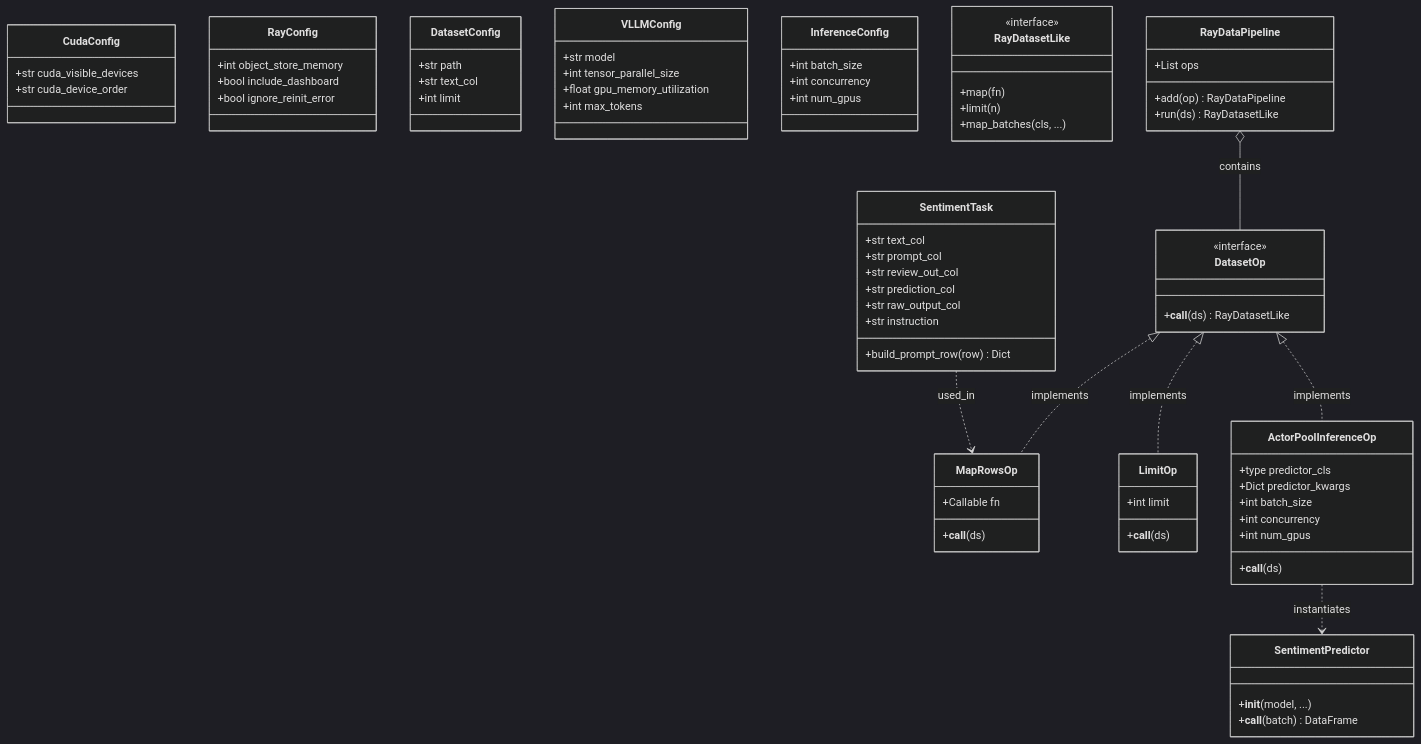
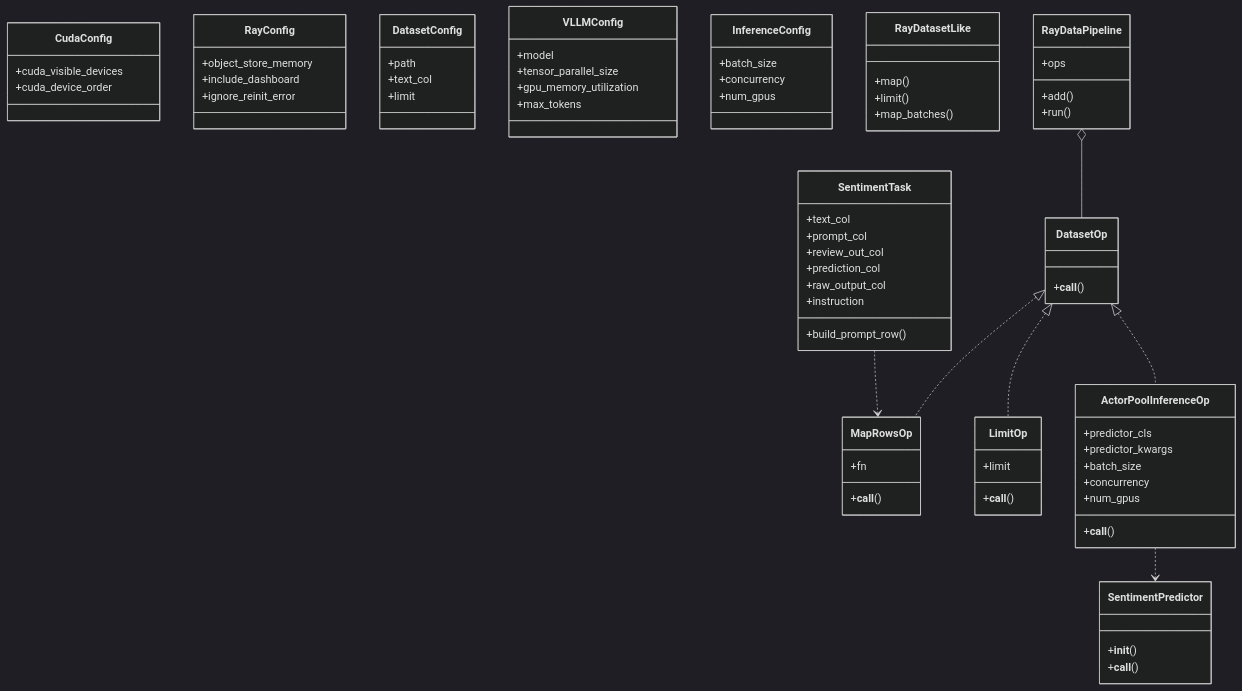
Before and after one commit to GentleCold/DaseR: the diagram in mermaid/class_diagram.mmd, drawn with Mermaid (dark theme). The commit also changed 2 other files, not shown here.

Commit message:
fix: Simplify mermaid syntax for compatibility

```diff
--- a/mermaid/class_diagram.mmd
+++ b/mermaid/class_diagram.mmd
@@ -1,89 +1,87 @@
 classDiagram
     %% Configuration Classes
     class CudaConfig {
-        +str cuda_visible_devices
-        +str cuda_device_order
+        +cuda_visible_devices
+        +cuda_device_order
     }
     class RayConfig {
-        +int object_store_memory
-        +bool include_dashboard
-        +bool ignore_reinit_error
+        +object_store_memory
+        +include_dashboard
+        +ignore_reinit_error
     }
     class DatasetConfig {
-        +str path
-        +str text_col
-        +int limit
+        +path
+        +text_col
+        +limit
     }
     class VLLMConfig {
-        +str model
-        +int tensor_parallel_size
-        +float gpu_memory_utilization
-        +int max_tokens
+        +model
+        +tensor_parallel_size
+        +gpu_memory_utilization
+        +max_tokens
     }
     class InferenceConfig {
-        +int batch_size
-        +int concurrency
-        +int num_gpus
+        +batch_size
+        +concurrency
+        +num_gpus
     }
 
     %% Pipeline & Operators
     class RayDatasetLike {
-        <<interface>>
-        +map(fn)
-        +limit(n)
-        +map_batches(cls, ...)
+        +map()
+        +limit()
+        +map_batches()
     }
 
     class DatasetOp {
-        <<interface>>
-        +__call__(ds) RayDatasetLike
+        +__call__()
     }
 
     class RayDataPipeline {
-        +List ops
-        +add(op) RayDataPipeline
-        +run(ds) RayDatasetLike
+        +ops
+        +add()
+        +run()
     }
 
     class MapRowsOp {
-        +Callable fn
-        +__call__(ds)
+        +fn
+        +__call__()
     }
 
     class LimitOp {
-        +int limit
-        +__call__(ds)
+        +limit
+        +__call__()
     }
 
     class ActorPoolInferenceOp {
-        +type predictor_cls
-        +Dict predictor_kwargs
-        +int batch_size
-        +int concurrency
-        +int num_gpus
-        +__call__(ds)
+        +predictor_cls
+        +predictor_kwargs
+        +batch_size
+        +concurrency
+        +num_gpus
+        +__call__()
     }
 
     %% Task & Predictor
     class SentimentTask {
-        +str text_col
-        +str prompt_col
-        +str review_out_col
-        +str prediction_col
-        +str raw_output_col
-        +str instruction
-        +build_prompt_row(row) Dict
+        +text_col
+        +prompt_col
+        +review_out_col
+        +prediction_col
+        +raw_output_col
+        +instruction
+        +build_prompt_row()
     }
 
     class SentimentPredictor {
-        +__init__(model, ...)
-        +__call__(batch) DataFrame
+        +__init__()
+        +__call__()
     }
 
     %% Relationships
-    RayDataPipeline o-- DatasetOp : contains
-    DatasetOp <|.. MapRowsOp : implements
-    DatasetOp <|.. LimitOp : implements
-    DatasetOp <|.. ActorPoolInferenceOp : implements
-    ActorPoolInferenceOp ..> SentimentPredictor : instantiates
-    SentimentTask ..> MapRowsOp : used_in
+    RayDataPipeline o-- DatasetOp
+    DatasetOp <|.. MapRowsOp
+    DatasetOp <|.. LimitOp
+    DatasetOp <|.. ActorPoolInferenceOp
+    ActorPoolInferenceOp ..> SentimentPredictor
+    SentimentTask ..> MapRowsOp
```
